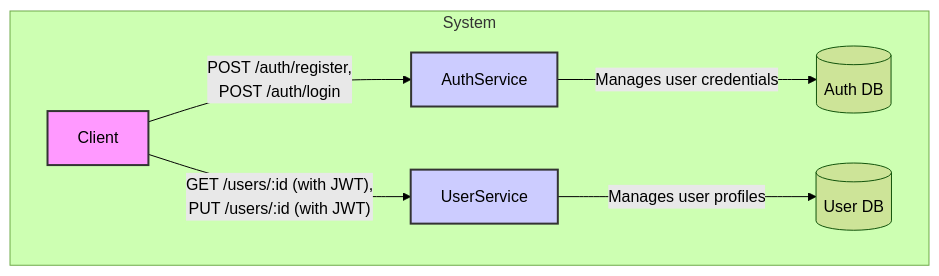
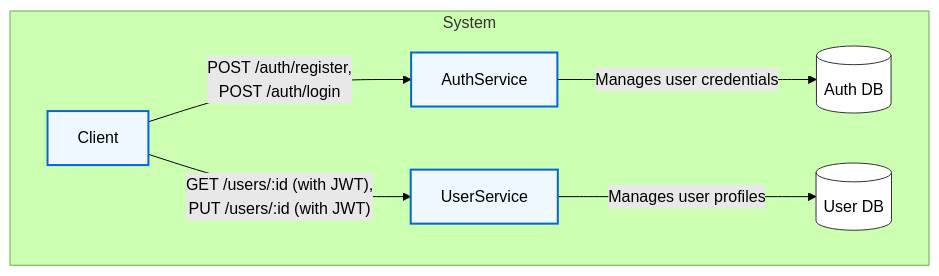
One commit to abeni-al7/auth-service changed the diagram in documentation/sdd.md. Above: the diagram before and after it, drawn with Mermaid (forest theme).

Commit message:
Modify the SDD diagram

````diff
--- a/documentation/sdd.md
+++ b/documentation/sdd.md
@@ -21,15 +21,17 @@
 ```mermaid
 graph TD
     subgraph "System"
         Client -- "POST /auth/register,
 POST /auth/login" --> AuthService
         Client -- "GET /users/:id (with JWT),
 PUT /users/:id (with JWT)" --> UserService
         AuthService -- "Manages user credentials" --> AuthDB[(Auth DB)]
         UserService -- "Manages user profiles" --> UserDB[(User DB)]
-    end
+        end
 
-    style Client fill:#f9f,stroke:#333,stroke-width:2px
-    style AuthService fill:#ccf,stroke:#333,stroke-width:2px
-    style UserService fill:#ccf,stroke:#333,stroke-width:2px
+        style Client fill:#f0f8ff,stroke:#0366d6,stroke-width:2px
+        style AuthService fill:#f0f8ff,stroke:#0366d6,stroke-width:2px
+        style UserService fill:#f0f8ff,stroke:#0366d6,stroke-width:2px
+        style AuthDB fill:#ffffff,stroke:#333333,stroke-width:1px
+        style UserDB fill:#ffffff,stroke:#333333,stroke-width:1px
 ```
````
